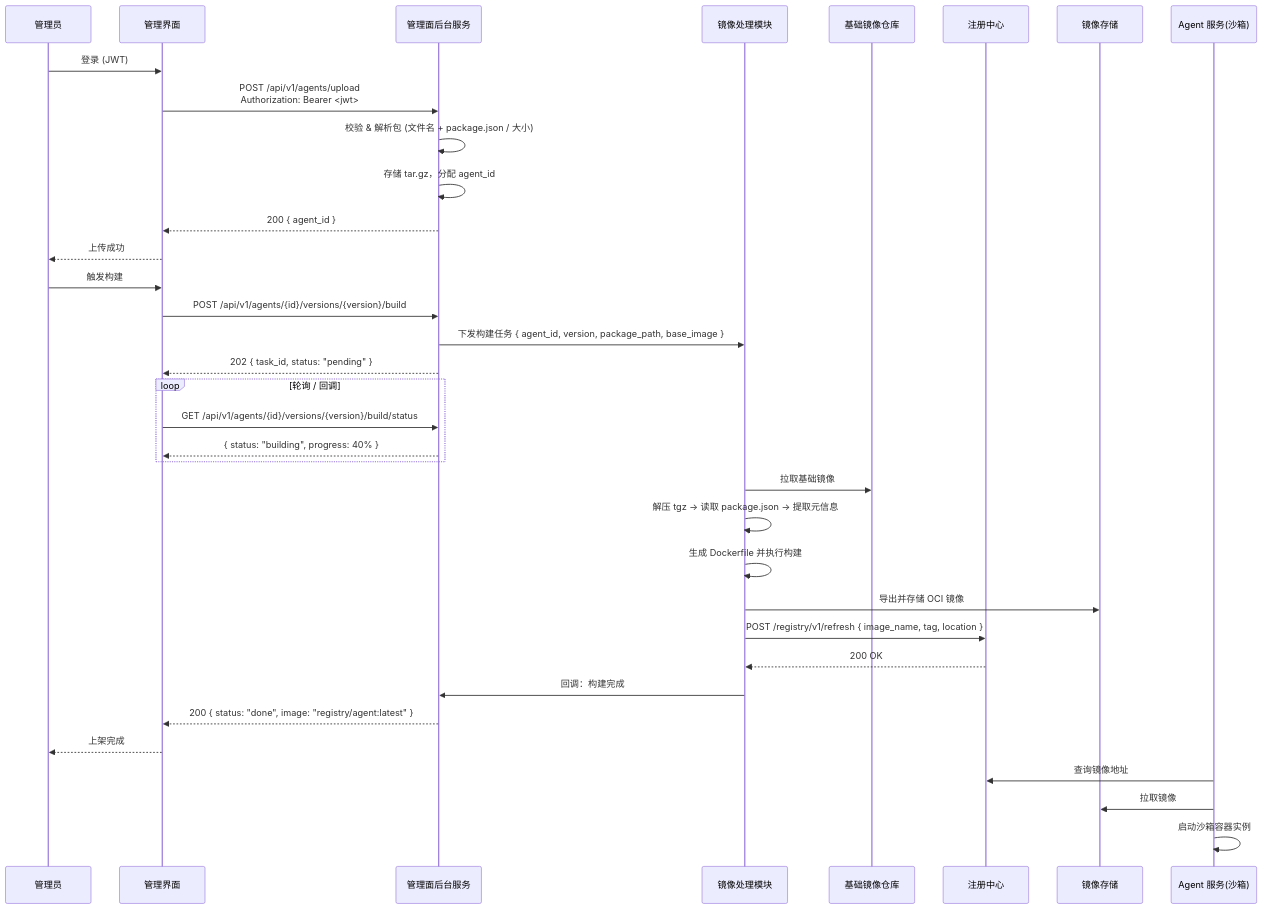
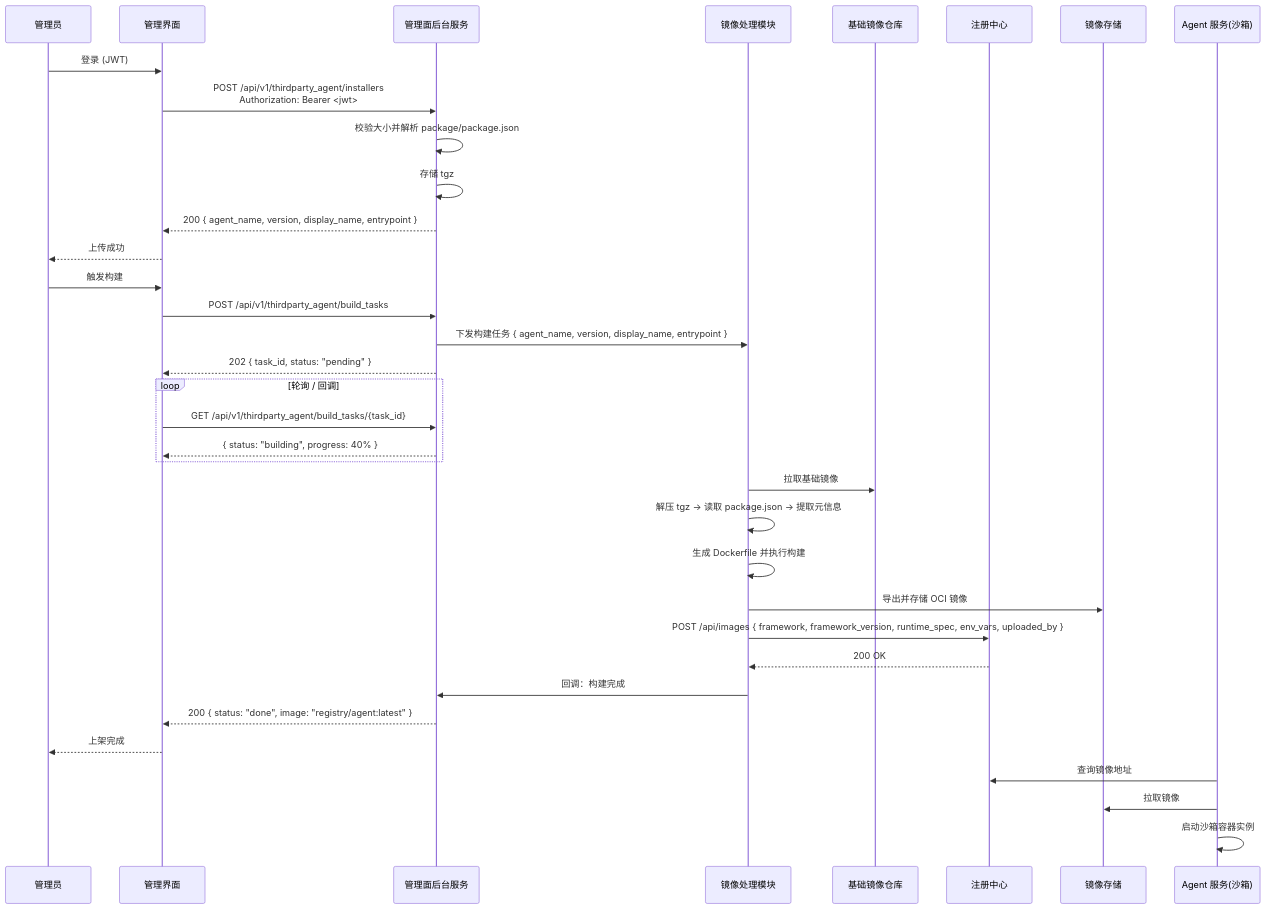
One commit to csoulnd/InferTechNote changed the second of 3 diagrams in codeagent/docs/design/claude-code-offline-install.md. Above: the diagram before and after it, drawn with Mermaid. The commit also changed other lines of this file, not shown here.

Commit message:
docs: align offline agent design with PR implementation

````diff
--- a/codeagent/docs/design/claude-code-offline-install.md
+++ b/codeagent/docs/design/claude-code-offline-install.md
@@ -85,42 +85,42 @@
 ```mermaid
 sequenceDiagram
     participant Admin as 管理员
     participant UI as 管理界面
     participant ADMIN as 管理面后台服务
     participant BE as 镜像处理模块
     participant BR as 基础镜像仓库
     participant REG as 注册中心
     participant STORE as 镜像存储
     participant SBOX as Agent 服务(沙箱)
 
     Admin->>UI: 登录 (JWT)
-    UI->>ADMIN: POST /api/v1/agents/upload<br/>Authorization: Bearer <jwt>
-    ADMIN->>ADMIN: 校验 & 解析包 (文件名 + package.json / 大小)
-    ADMIN->>ADMIN: 存储 tar.gz，分配 agent_id
-    ADMIN-->>UI: 200 { agent_id }
+    UI->>ADMIN: POST /api/v1/thirdparty_agent/installers<br/>Authorization: Bearer <jwt>
+    ADMIN->>ADMIN: 校验大小并解析 package/package.json
+    ADMIN->>ADMIN: 存储 tgz
+    ADMIN-->>UI: 200 { agent_name, version, display_name, entrypoint }
     UI-->>Admin: 上传成功
 
     Admin->>UI: 触发构建
-    UI->>ADMIN: POST /api/v1/agents/{id}/versions/{version}/build
-    ADMIN->>BE: 下发构建任务 { agent_id, version, package_path, base_image }
+    UI->>ADMIN: POST /api/v1/thirdparty_agent/build_tasks
+    ADMIN->>BE: 下发构建任务 { agent_name, version, display_name, entrypoint }
     ADMIN-->>UI: 202 { task_id, status: "pending" }
 
     loop 轮询 / 回调
-        UI->>ADMIN: GET /api/v1/agents/{id}/versions/{version}/build/status
+        UI->>ADMIN: GET /api/v1/thirdparty_agent/build_tasks/{task_id}
         ADMIN-->>UI: { status: "building", progress: 40% }
     end
 
     BE->>BR: 拉取基础镜像
     BE->>BE: 解压 tgz → 读取 package.json → 提取元信息
     BE->>BE: 生成 Dockerfile 并执行构建
     BE->>STORE: 导出并存储 OCI 镜像
-    BE->>REG: POST /registry/v1/refresh { image_name, tag, location }
+    BE->>REG: POST /api/images { framework, framework_version, runtime_spec, env_vars, uploaded_by }
     REG-->>BE: 200 OK
     BE->>ADMIN: 回调：构建完成
     ADMIN-->>UI: 200 { status: "done", image: "registry/agent:latest" }
     UI-->>Admin: 上架完成
 
     SBOX->>REG: 查询镜像地址
     SBOX->>STORE: 拉取镜像
     SBOX->>SBOX: 启动沙箱容器实例
 ```
````
